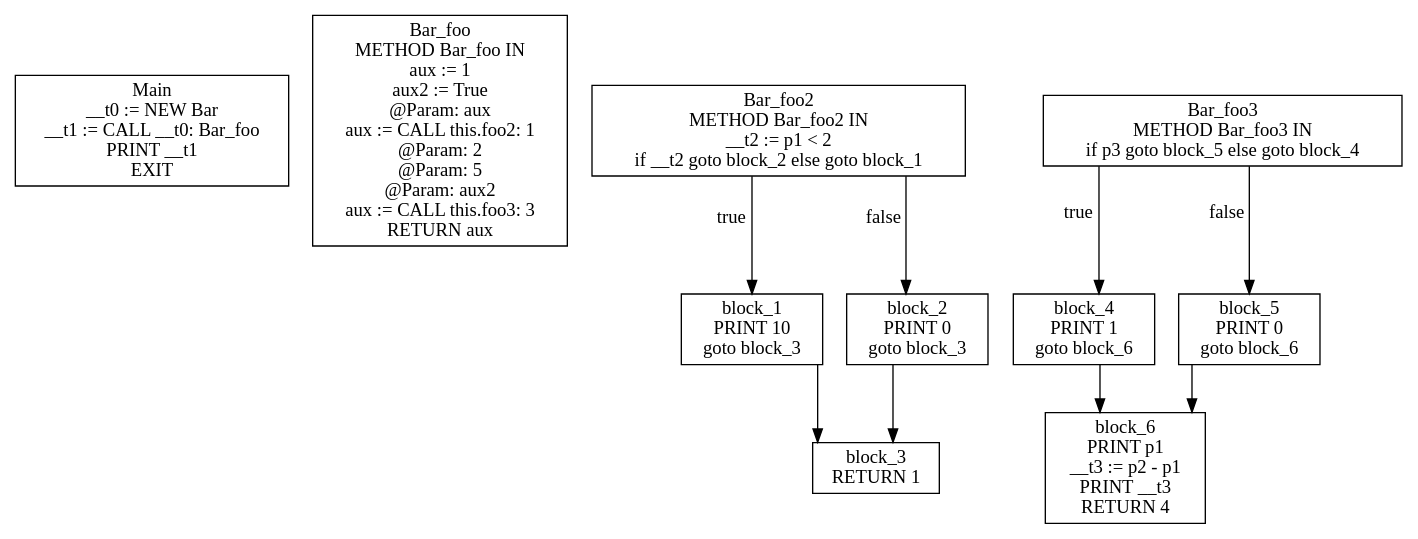
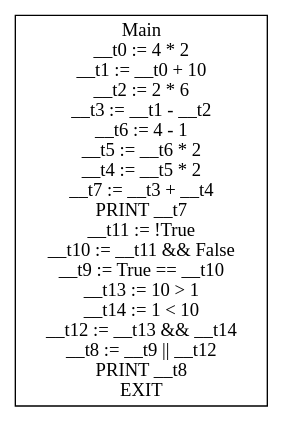
The diagram in gettingStarted/cfg.dot (KarmaSora/Compiler), drawn with Graphviz before and after one commit. The commit also changed 12 other files, not shown here.

```diff
--- a/gettingStarted/cfg.dot
+++ b/gettingStarted/cfg.dot
@@ -1,22 +1,5 @@
 digraph CFG {
 graph [splines=ortho];
 node [shape=box];
-Main [label="Main\n__t0 := NEW Bar\n__t1 := CALL __t0: Bar_foo\nPRINT __t1\nEXIT\n"];
-Bar_foo [label="Bar_foo\nMETHOD Bar_foo IN \naux := 1\naux2 := True\n @Param: aux\naux := CALL this.foo2: 1\n @Param: 2\n @Param: 5\n @Param: aux2\naux := CALL this.foo3: 3\nRETURN aux\n"];
-Bar_foo2 -> block_1 [xlabel="true"];
-Bar_foo2 -> block_2 [xlabel="false"];
-Bar_foo2 [label="Bar_foo2\nMETHOD Bar_foo2 IN \n__t2 := p1 < 2\nif __t2 goto block_2 else goto block_1\n"];
-block_1 -> block_3;
-block_1 [label="block_1\nPRINT 10\ngoto block_3\n"];
-block_2 -> block_3;
-block_2 [label="block_2\nPRINT 0\ngoto block_3\n"];
-block_3 [label="block_3\nRETURN 1\n"];
-Bar_foo3 -> block_4 [xlabel="true"];
-Bar_foo3 -> block_5 [xlabel="false"];
-Bar_foo3 [label="Bar_foo3\nMETHOD Bar_foo3 IN \nif p3 goto block_5 else goto block_4\n"];
-block_4 -> block_6;
-block_4 [label="block_4\nPRINT 1\ngoto block_6\n"];
-block_5 -> block_6;
-block_5 [label="block_5\nPRINT 0\ngoto block_6\n"];
-block_6 [label="block_6\nPRINT p1\n__t3 := p2 - p1\nPRINT __t3\nRETURN 4\n"];
+Main [label="Main\n__t0 := 4 * 2\n__t1 := __t0 + 10\n__t2 := 2 * 6\n__t3 := __t1 - __t2\n__t6 := 4 - 1\n__t5 := __t6 * 2\n__t4 := __t5 * 2\n__t7 := __t3 + __t4\nPRINT __t7\n__t11 := !True\n__t10 := __t11 && False\n__t9 := True == __t10\n__t13 := 10 > 1\n__t14 := 1 < 10\n__t12 := __t13 && __t14\n__t8 := __t9 || __t12\nPRINT __t8\nEXIT\n"];
 }
```
